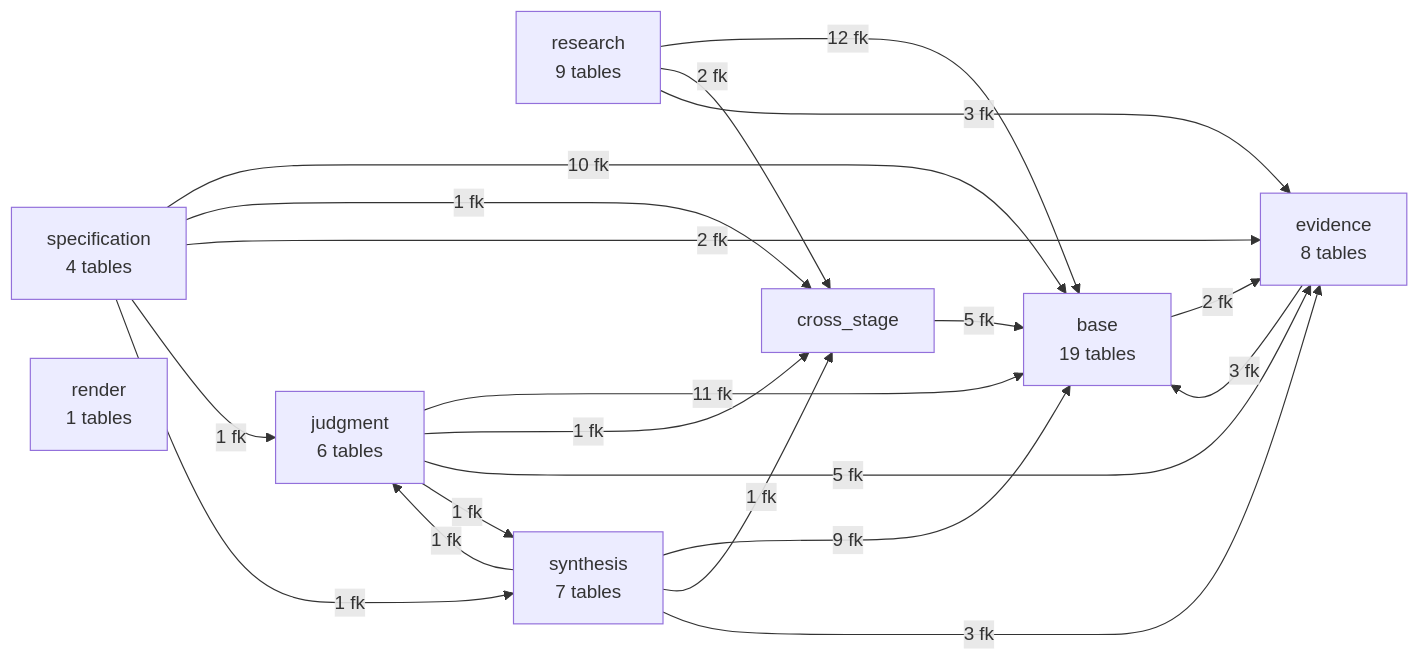
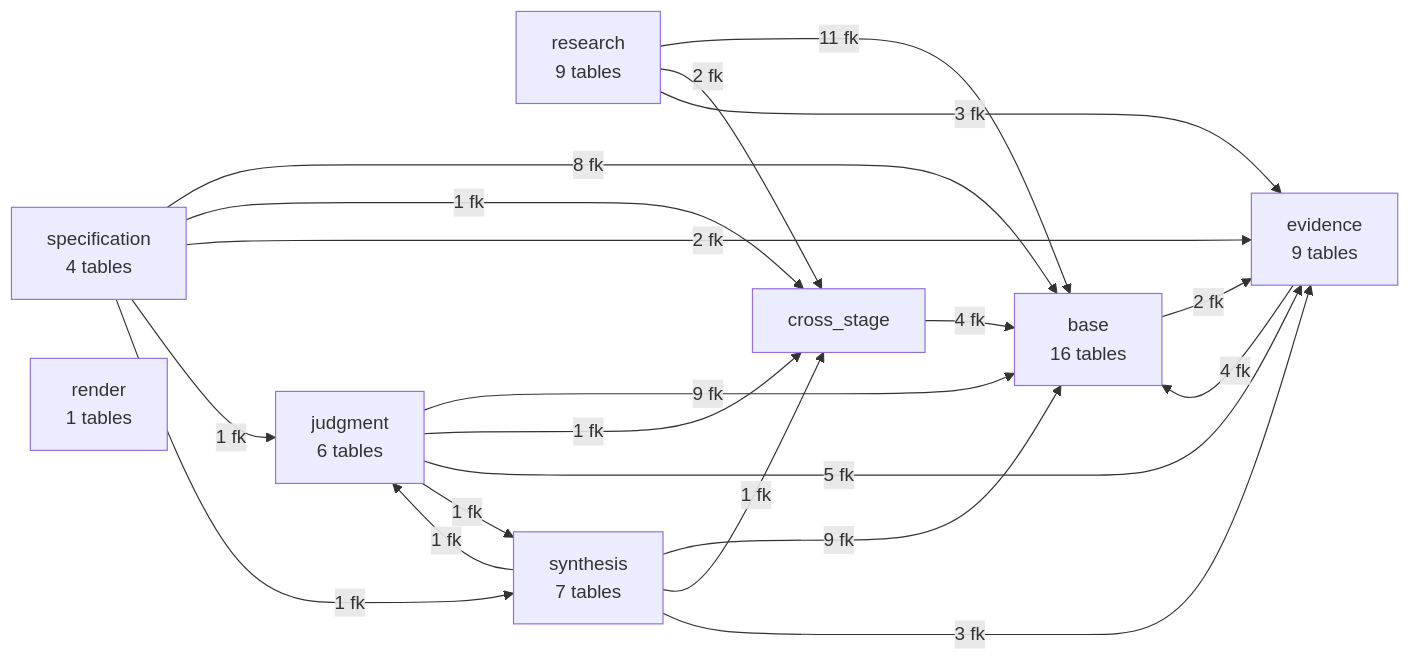
One commit to jordanelias/guidebook changed the first of 10 diagrams in workplan/pipeline-state-graph/STATE-GRAPH.md. Above: the diagram before and after it, drawn with Mermaid. The commit also changed other lines of this file and 7 other files, not shown here.

First line of the commit message:
governance: end-of-batch sweep — executed list, later-task notes, plan and state-graph records regenerated [2026-11-16 22:26]

````diff
--- a/workplan/pipeline-state-graph/STATE-GRAPH.md
+++ b/workplan/pipeline-state-graph/STATE-GRAPH.md
@@ -25,29 +25,29 @@
 ```mermaid
 flowchart LR
-  base["base\n19 tables"]
+  base["base\n16 tables"]
   research["research\n9 tables"]
-  evidence["evidence\n8 tables"]
+  evidence["evidence\n9 tables"]
   judgment["judgment\n6 tables"]
   synthesis["synthesis\n7 tables"]
   specification["specification\n4 tables"]
   render["render\n1 tables"]
   base -->|2 fk| evidence
-  cross_stage -->|5 fk| base
-  evidence -->|3 fk| base
-  judgment -->|11 fk| base
+  cross_stage -->|4 fk| base
+  evidence -->|4 fk| base
+  judgment -->|9 fk| base
   judgment -->|1 fk| cross_stage
   judgment -->|5 fk| evidence
   judgment -->|1 fk| synthesis
-  research -->|12 fk| base
+  research -->|11 fk| base
   research -->|2 fk| cross_stage
   research -->|3 fk| evidence
-  specification -->|10 fk| base
+  specification -->|8 fk| base
   specification -->|1 fk| cross_stage
   specification -->|2 fk| evidence
   specification -->|1 fk| judgment
   specification -->|1 fk| synthesis
   synthesis -->|9 fk| base
   synthesis -->|1 fk| cross_stage
   synthesis -->|3 fk| evidence
   synthesis -->|1 fk| judgment
 ```
````
